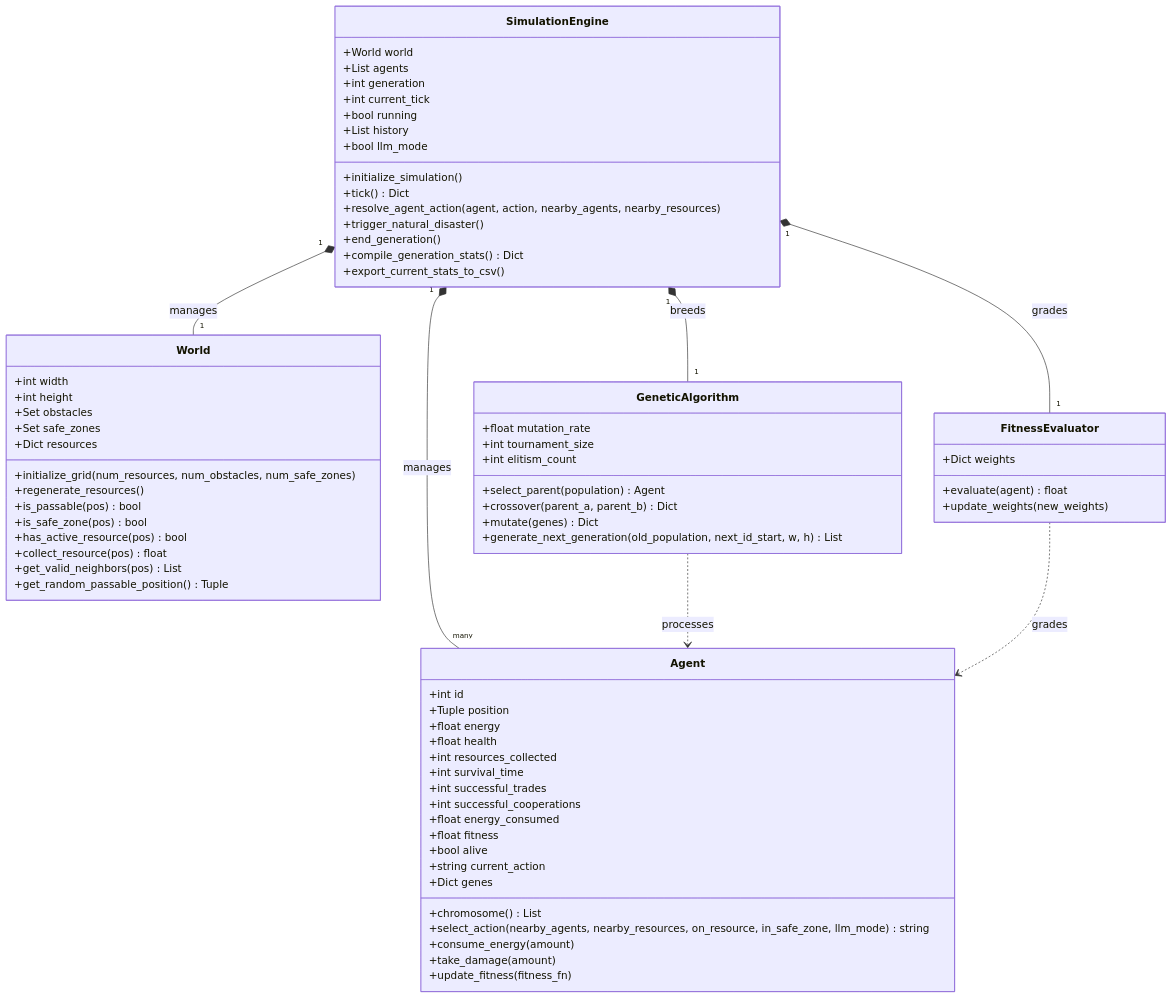
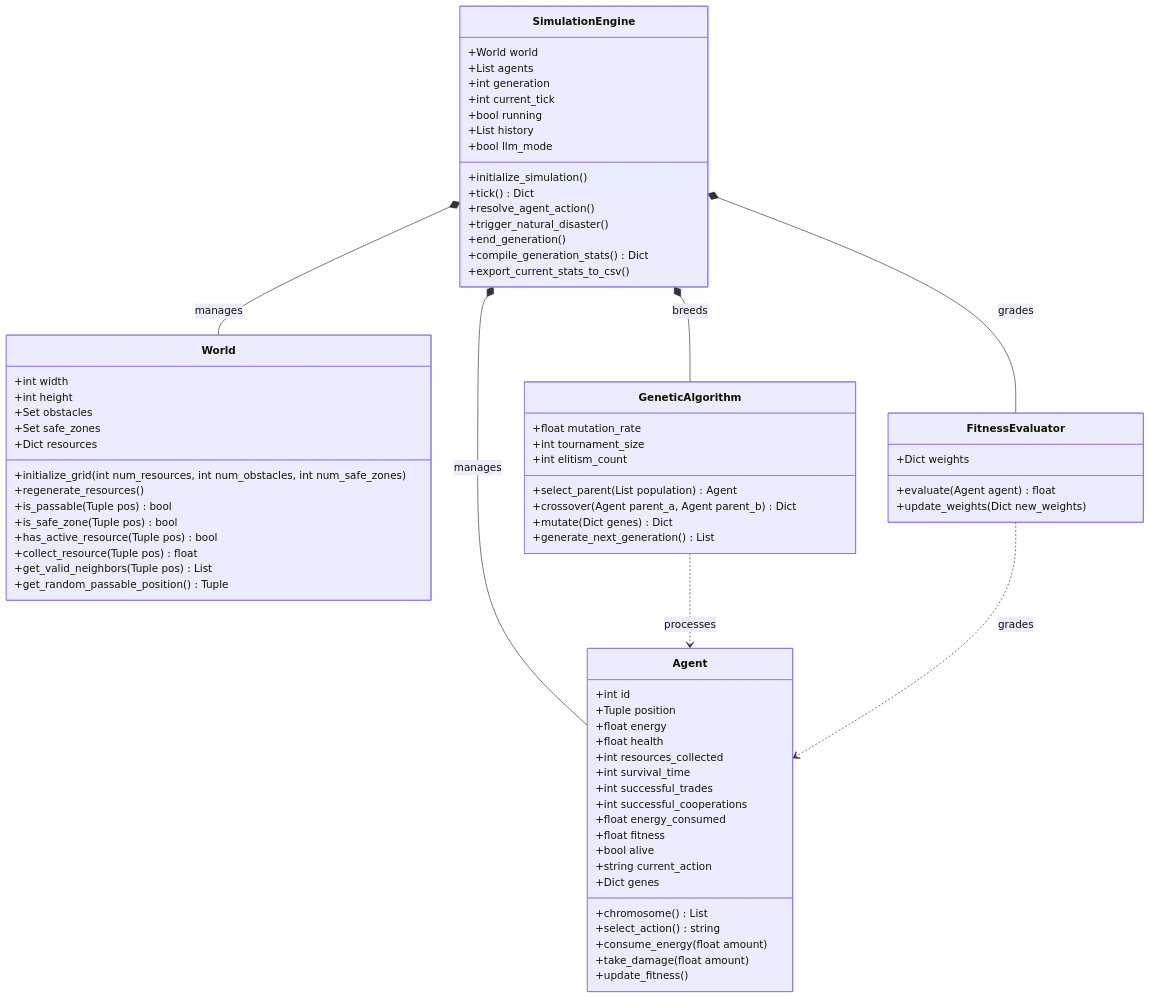
One commit to tharunprinz/EvoTribes changed the second of 2 diagrams in README.md. Above: the diagram before and after it, drawn with Mermaid.

Commit message:
fix mermaid class diagram syntax in README

````diff
--- a/README.md
+++ b/README.md
@@ -45,79 +45,79 @@
 ```mermaid
 classDiagram
     class Agent {
         +int id
         +Tuple position
         +float energy
         +float health
         +int resources_collected
         +int survival_time
         +int successful_trades
         +int successful_cooperations
         +float energy_consumed
         +float fitness
         +bool alive
         +string current_action
         +Dict genes
         +chromosome() List
-        +select_action(nearby_agents, nearby_resources, on_resource, in_safe_zone, llm_mode) string
-        +consume_energy(amount)
-        +take_damage(amount)
-        +update_fitness(fitness_fn)
+        +select_action() string
+        +consume_energy(float amount)
+        +take_damage(float amount)
+        +update_fitness()
     }
 
     class World {
         +int width
         +int height
         +Set obstacles
         +Set safe_zones
         +Dict resources
-        +initialize_grid(num_resources, num_obstacles, num_safe_zones)
+        +initialize_grid(int num_resources, int num_obstacles, int num_safe_zones)
         +regenerate_resources()
-        +is_passable(pos) bool
-        +is_safe_zone(pos) bool
-        +has_active_resource(pos) bool
-        +collect_resource(pos) float
-        +get_valid_neighbors(pos) List
+        +is_passable(Tuple pos) bool
+        +is_safe_zone(Tuple pos) bool
+        +has_active_resource(Tuple pos) bool
+        +collect_resource(Tuple pos) float
+        +get_valid_neighbors(Tuple pos) List
         +get_random_passable_position() Tuple
     }
 
     class FitnessEvaluator {
         +Dict weights
-        +evaluate(agent) float
-        +update_weights(new_weights)
+        +evaluate(Agent agent) float
+        +update_weights(Dict new_weights)
     }
 
     class GeneticAlgorithm {
         +float mutation_rate
         +int tournament_size
         +int elitism_count
-        +select_parent(population) Agent
-        +crossover(parent_a, parent_b) Dict
-        +mutate(genes) Dict
-        +generate_next_generation(old_population, next_id_start, w, h) List
+        +select_parent(List population) Agent
+        +crossover(Agent parent_a, Agent parent_b) Dict
+        +mutate(Dict genes) Dict
+        +generate_next_generation() List
     }
 
     class SimulationEngine {
         +World world
         +List agents
         +int generation
         +int current_tick
         +bool running
         +List history
         +bool llm_mode
         +initialize_simulation()
         +tick() Dict
-        +resolve_agent_action(agent, action, nearby_agents, nearby_resources)
+        +resolve_agent_action()
         +trigger_natural_disaster()
         +end_generation()
         +compile_generation_stats() Dict
         +export_current_stats_to_csv()
     }
 
-    SimulationEngine "1" *-- "1" World : manages
-    SimulationEngine "1" *-- "many" Agent : manages
-    SimulationEngine "1" *-- "1" GeneticAlgorithm : breeds
-    SimulationEngine "1" *-- "1" FitnessEvaluator : grades
+    SimulationEngine *-- World : manages
+    SimulationEngine *-- Agent : manages
+    SimulationEngine *-- GeneticAlgorithm : breeds
+    SimulationEngine *-- FitnessEvaluator : grades
     GeneticAlgorithm ..> Agent : processes
     FitnessEvaluator ..> Agent : grades
 ```
````
